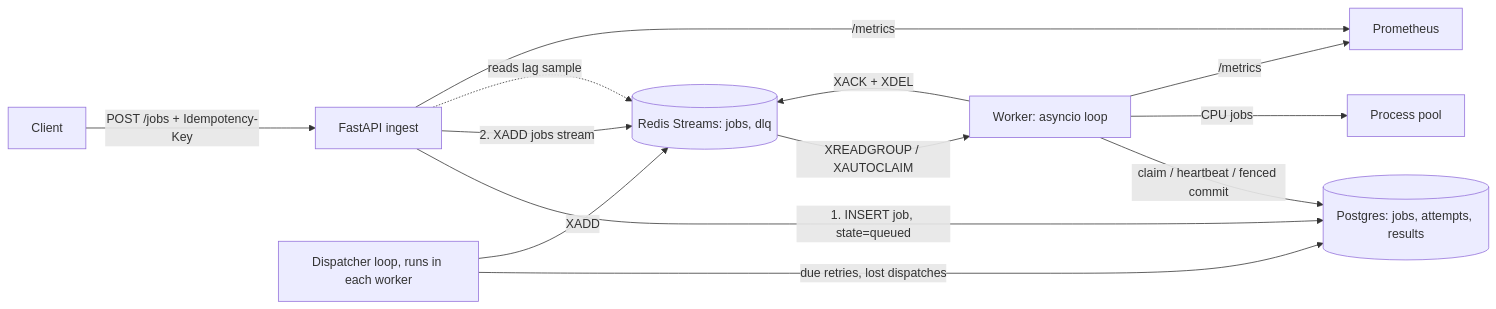
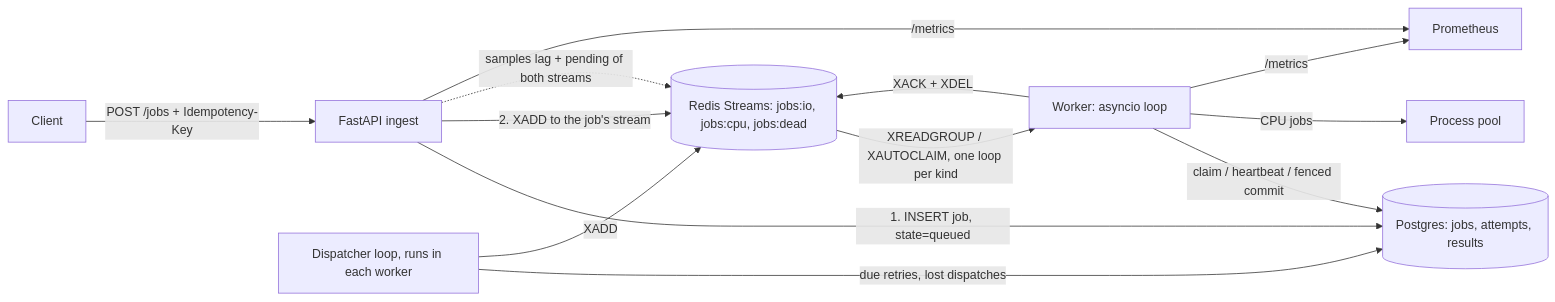
One commit to cardohso/queue-service changed the diagram in docs/DESIGN.md. Above: the diagram before and after it, drawn with Mermaid. The commit also changed other lines of this file and 1 other file, not shown here.

````diff
--- a/docs/DESIGN.md
+++ b/docs/DESIGN.md
@@ -59,15 +59,15 @@
 ```mermaid
 flowchart LR
   C[Client] -->|POST /jobs + Idempotency-Key| API[FastAPI ingest]
   API -->|1. INSERT job, state=queued| PG[(Postgres: jobs, attempts, results)]
-  API -->|2. XADD jobs stream| RS[(Redis Streams: jobs, dlq)]
-  API -. reads lag sample .-> RS
-  RS -->|XREADGROUP / XAUTOCLAIM| W[Worker: asyncio loop]
+  API -->|2. XADD to the job's stream| RS[(Redis Streams: jobs:io, jobs:cpu, jobs:dead)]
+  API -. samples lag + pending of both streams .-> RS
+  RS -->|XREADGROUP / XAUTOCLAIM, one loop per kind| W[Worker: asyncio loop]
   W -->|claim / heartbeat / fenced commit| PG
   W -->|CPU jobs| PP[Process pool]
   W -->|XACK + XDEL| RS
   D[Dispatcher loop, runs in each worker] -->|due retries, lost dispatches| PG
   D -->|XADD| RS
   W -->|/metrics| P[Prometheus]
   API -->|/metrics| P
 ```
````
